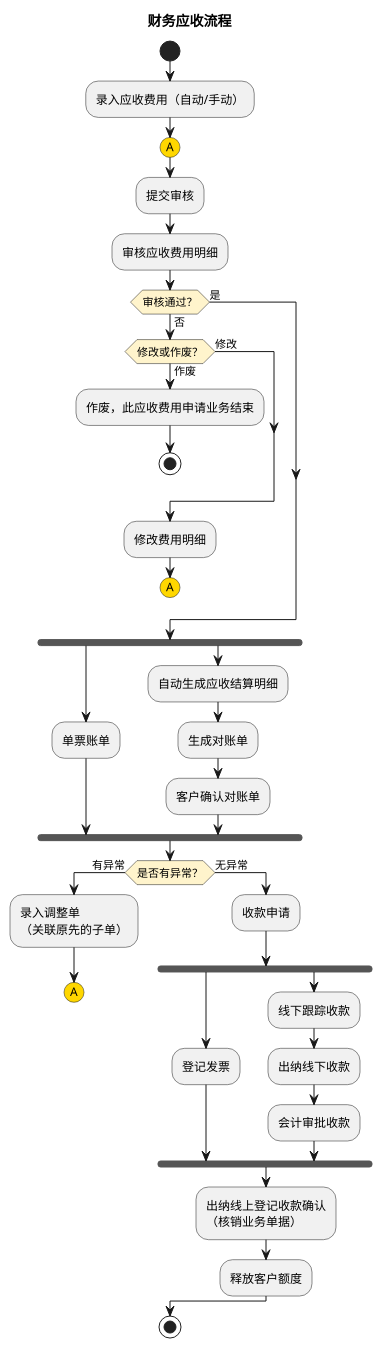
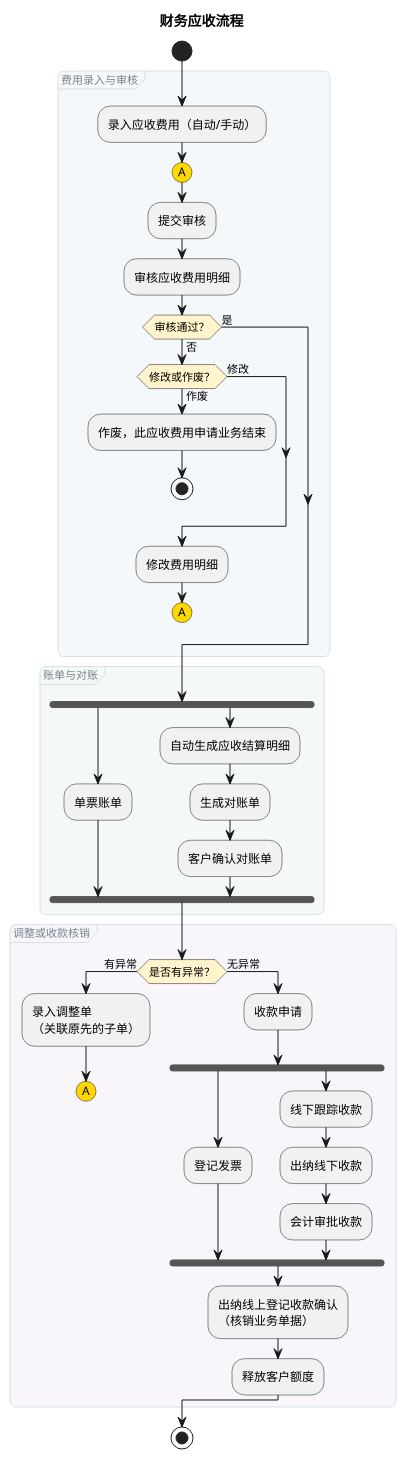
The sixth of 7 diagrams in product-caliber/goldjet/segmented-prd/mainflow/PRD.高捷物流系统一期.主流程.08.税金管理与财务结算流程.md (jack888332/projects-doc), drawn with PlantUML before and after one commit. The commit also changed other lines of this file and 16 other files, not shown here.

Commit message:
给DSL图分组

````diff
--- a/product-caliber/goldjet/segmented-prd/mainflow/PRD.高捷物流系统一期.主流程.08.税金管理与财务结算流程.md
+++ b/product-caliber/goldjet/segmented-prd/mainflow/PRD.高捷物流系统一期.主流程.08.税金管理与财务结算流程.md
@@ -135,46 +153,64 @@
 ```plantuml
 @startuml
 skinparam activityDiamondBackgroundColor #FFF4CC
+<style>
+activityDiagram {
+  group {
+    LineColor #CAD5DA
+    LineThickness 0.7
+    RoundCorner 12
+    FontColor #78848D
+    FontSize 11
+    FontStyle plain
+  }
+}
+</style>
 title 财务应收流程
 start
+group 费用录入与审核 #F4F8FA {
 :录入应收费用（自动/手动）;
 #gold:(A)
 :提交审核;
 :审核应收费用明细;
 if (审核通过？) then (否)
   if (修改或作废？) then (作废)
     :作废，此应收费用申请业务结束;
     stop
   else (修改)
   endif
   :修改费用明细;
   #gold:(A)
   detach
 else (是)
 endif
+}
+group 账单与对账 #F5F9F6 {
 fork
   :单票账单;
 fork again
   :自动生成应收结算明细;
   :生成对账单;
   :客户确认对账单;
 end fork
+}
+group 调整或收款核销 #F8F6FA {
 if (是否有异常？) then (有异常)
   :录入调整单\n（关联原先的子单）;
   #gold:(A)
   detach
 else (无异常)
   :收款申请;
   fork
     :登记发票;
   fork again
     :线下跟踪收款;
     :出纳线下收款;
     :会计审批收款;
   end fork
   :出纳线上登记收款确认\n（核销业务单据）;
   :释放客户额度;
 endif
+}
 stop
 @enduml
 ```
````
